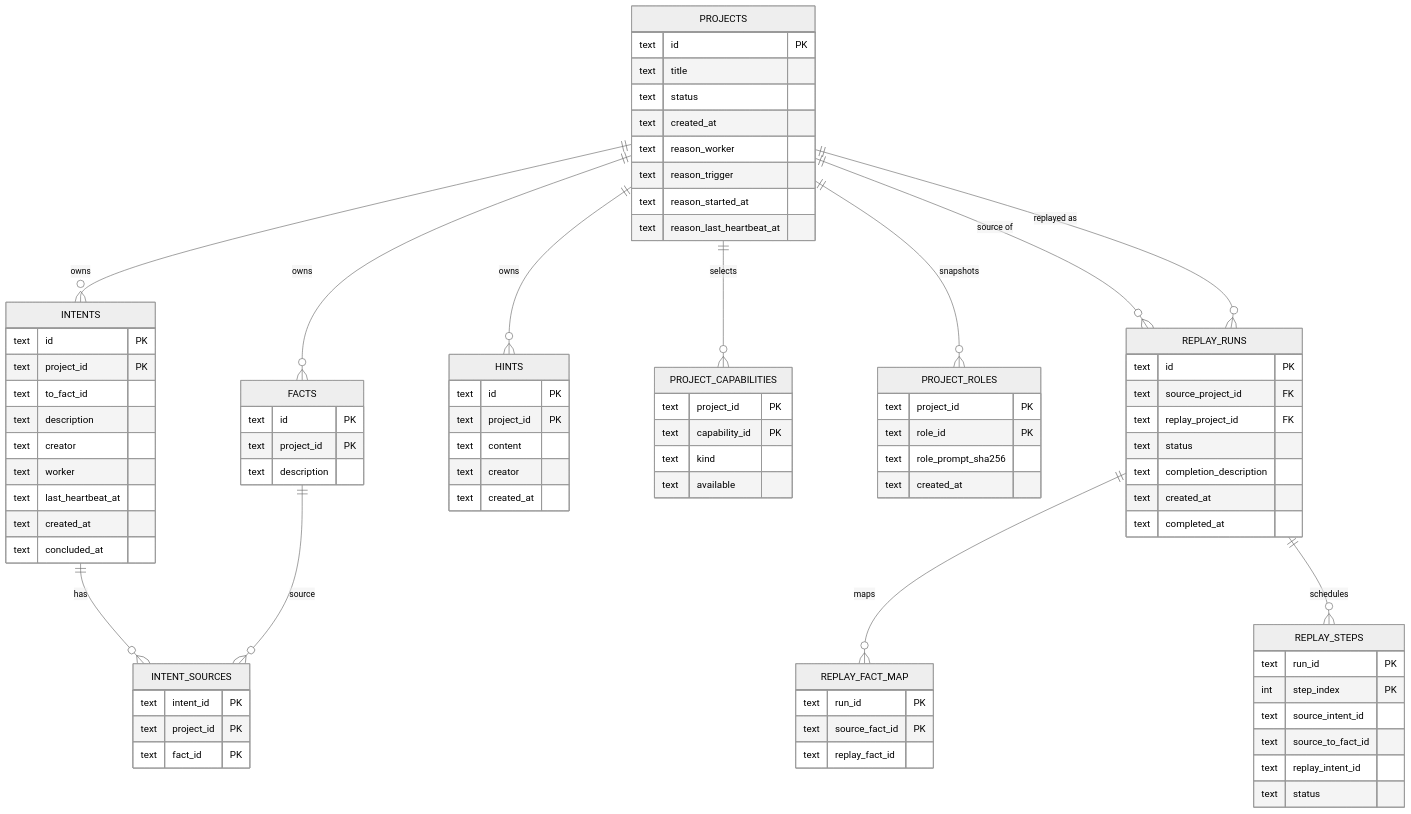
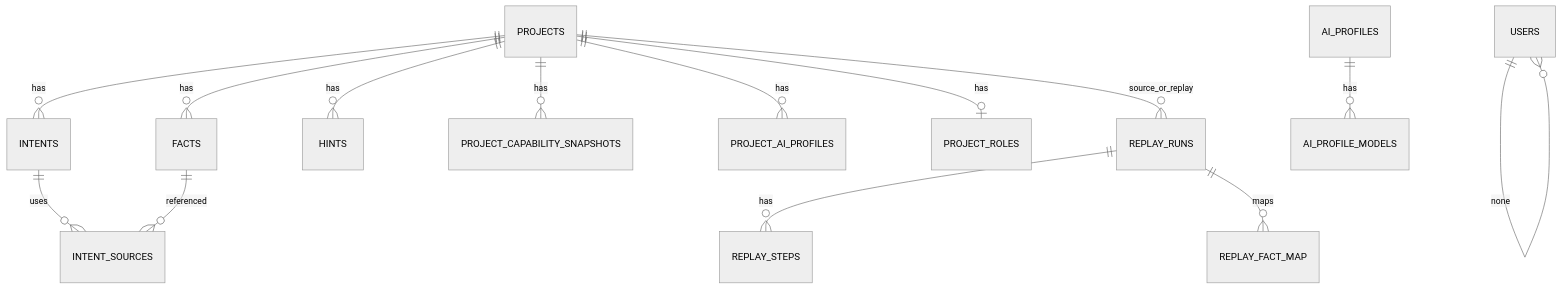
The fourth of 5 diagrams in AI/CODEBASE_ANALYSIS.md (j7ur8/Cairn), drawn with Mermaid (neutral theme) before and after one commit. The commit also changed other lines of this file and 73 other files, not shown here.

````diff
--- a/AI/CODEBASE_ANALYSIS.md
+++ b/AI/CODEBASE_ANALYSIS.md
@@ -36,96 +170,16 @@
 ```mermaid
 erDiagram
-    PROJECTS ||--o{ FACTS : owns
-    PROJECTS ||--o{ INTENTS : owns
-    PROJECTS ||--o{ HINTS : owns
-    PROJECTS ||--o{ PROJECT_CAPABILITIES : "selects"
-    PROJECTS ||--o{ PROJECT_ROLES : "snapshots"
-    PROJECTS ||--o{ REPLAY_RUNS : "source of"
-    PROJECTS ||--o{ REPLAY_RUNS : "replayed as"
-    INTENTS ||--o{ INTENT_SOURCES : has
-    FACTS ||--o{ INTENT_SOURCES : source
-    REPLAY_RUNS ||--o{ REPLAY_FACT_MAP : "maps"
-    REPLAY_RUNS ||--o{ REPLAY_STEPS : "schedules"
-
-    PROJECTS {
-        text id PK
-        text title
-        text status
-        text created_at
-        text reason_worker
-        text reason_trigger
-        text reason_started_at
-        text reason_last_heartbeat_at
-    }
-
-    FACTS {
-        text id PK
-        text project_id PK
-        text description
-    }
-
-    INTENTS {
-        text id PK
-        text project_id PK
-        text to_fact_id
-        text description
-        text creator
-        text worker
-        text last_heartbeat_at
-        text created_at
-        text concluded_at
-    }
-
-    INTENT_SOURCES {
-        text intent_id PK
-        text project_id PK
-        text fact_id PK
-    }
-
-    HINTS {
-        text id PK
-        text project_id PK
-        text content
-        text creator
-        text created_at
-    }
-
-    PROJECT_CAPABILITIES {
-        text project_id PK
-        text capability_id PK
-        text kind
-        text available
-    }
-
-    PROJECT_ROLES {
-        text project_id PK
-        text role_id PK
-        text role_prompt_sha256
-        text created_at
-    }
-
-    REPLAY_RUNS {
-        text id PK
-        text source_project_id FK
-        text replay_project_id FK
-        text status
-        text completion_description
-        text created_at
-        text completed_at
-    }
-
-    REPLAY_FACT_MAP {
-        text run_id PK
-        text source_fact_id PK
-        text replay_fact_id
-    }
-
-    REPLAY_STEPS {
-        text run_id PK
-        int step_index PK
-        text source_intent_id
-        text source_to_fact_id
-        text replay_intent_id
-        text status
-    }
+    PROJECTS ||--o{ FACTS : has
+    PROJECTS ||--o{ INTENTS : has
+    PROJECTS ||--o{ HINTS : has
+    INTENTS ||--o{ INTENT_SOURCES : uses
+    FACTS ||--o{ INTENT_SOURCES : referenced
+    PROJECTS ||--o{ PROJECT_CAPABILITY_SNAPSHOTS : has
+    PROJECTS ||--o{ PROJECT_AI_PROFILES : has
+    PROJECTS ||--o| PROJECT_ROLES : has
+    PROJECTS ||--o{ REPLAY_RUNS : source_or_replay
+    REPLAY_RUNS ||--o{ REPLAY_STEPS : has
+    REPLAY_RUNS ||--o{ REPLAY_FACT_MAP : maps
+    AI_PROFILES ||--o{ AI_PROFILE_MODELS : has
+    USERS ||--o{ USERS : none
 ```
````
